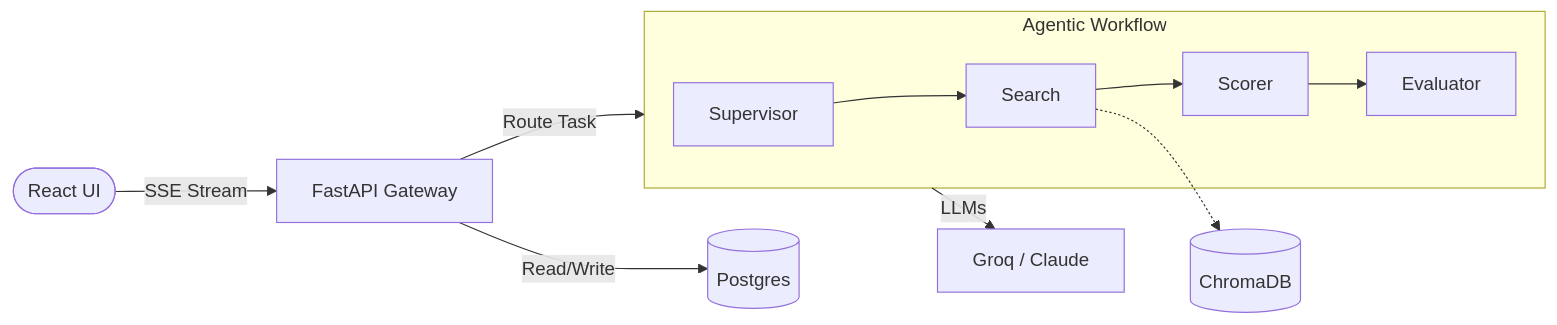
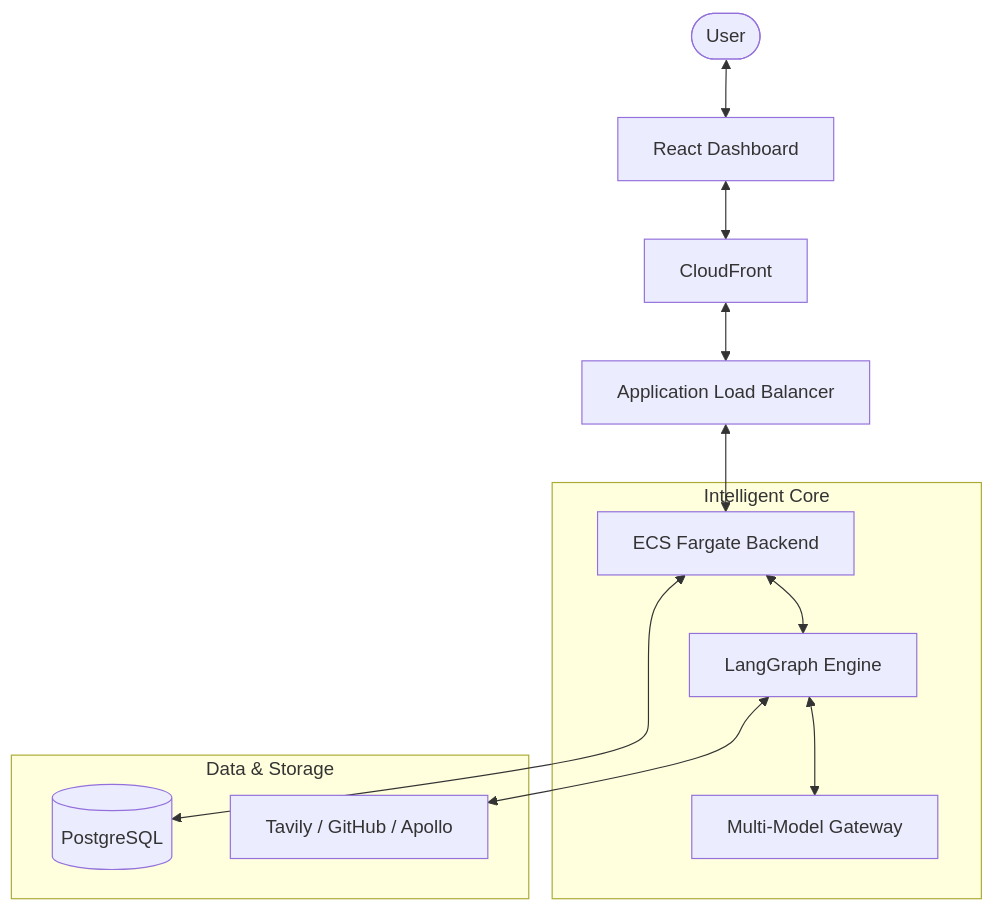
One commit to jimmykimani/NexusAI changed the diagram in README.md. Above: the diagram before and after it, drawn with Mermaid. The commit also changed other lines of this file and 6 other files, not shown here.

````diff
--- a/README.md
+++ b/README.md
@@ -97,16 +37,17 @@
 ```mermaid
-graph LR
-    Browser([React UI]) -- SSE Stream --> API[FastAPI Gateway]
+graph TD
+    User([User]) <--> React[React Dashboard]
+    React <--> CF[CloudFront]
+    CF <--> ALB[Application Load Balancer]
+    ALB <--> ECS[ECS Fargate Backend]
     
-    API -- Read/Write --> PG[(Postgres)]
-    API -- Route Task --> LangGraph
-    
-    subgraph LangGraph [Agentic Workflow]
-        Supervisor --> Search[Search]
-        Search --> Scorer[Scorer]
-        Scorer --> Evaluator[Evaluator]
+    subgraph "Intelligent Core"
+        ECS <--> LG[LangGraph Engine]
+        LG <--> LLM[Multi-Model Gateway]
     end
     
-    Search -.-> Chroma[(ChromaDB)]
-    LangGraph -- LLMs --> Models[Groq / Claude]
+    subgraph "Data & Storage"
+        ECS <--> RDS[(PostgreSQL)]
+        LG <--> Search[Tavily / GitHub / Apollo]
+    end
 ```
````
